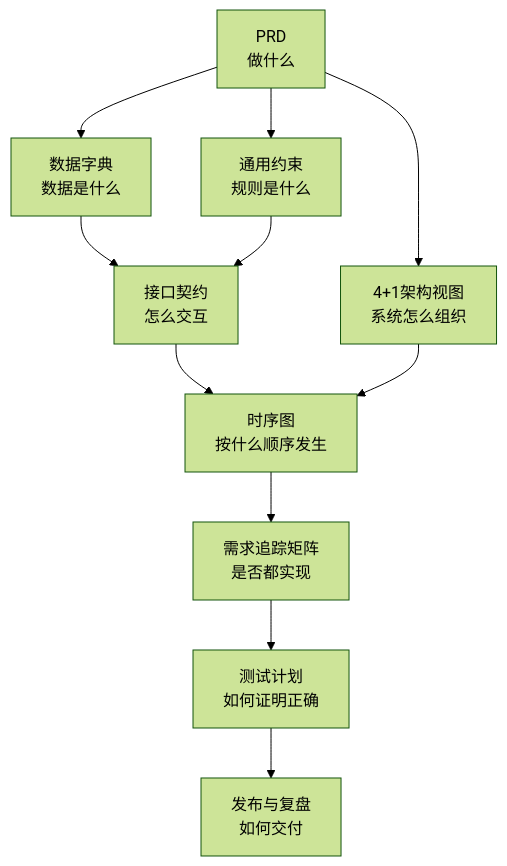
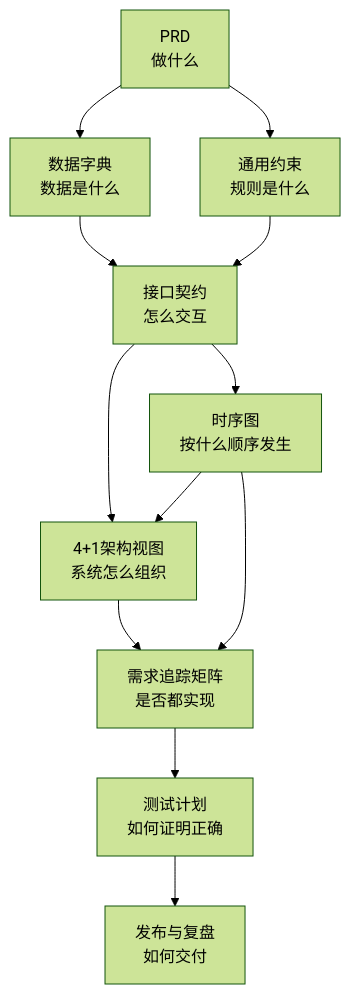
The second of 2 diagrams in docs/01-核心方法论.md (SvtStarfire-Hit/inspire-spec), drawn with Mermaid (forest theme) before and after one commit. The commit also changed 6 other files, not shown here.

````diff
--- a/docs/01-核心方法论.md
+++ b/docs/01-核心方法论.md
@@ -121,13 +121,14 @@
 ```mermaid
 flowchart TB
     PRD[PRD\n做什么] --> Data[数据字典\n数据是什么]
     PRD --> Rules[通用约束\n规则是什么]
     Data --> Contract[接口契约\n怎么交互]
     Rules --> Contract
     Contract --> Sequence[时序图\n按什么顺序发生]
-    PRD --> Arch[4+1架构视图\n系统怎么组织]
-    Arch --> Sequence
-    Sequence --> RTM[需求追踪矩阵\n是否都实现]
+    Contract --> Arch[4+1架构视图\n系统怎么组织]
+    Sequence --> Arch
+    Arch --> RTM[需求追踪矩阵\n是否都实现]
+    Sequence --> RTM
     RTM --> Test[测试计划\n如何证明正确]
     Test --> Release[发布与复盘\n如何交付]
 ```
````
